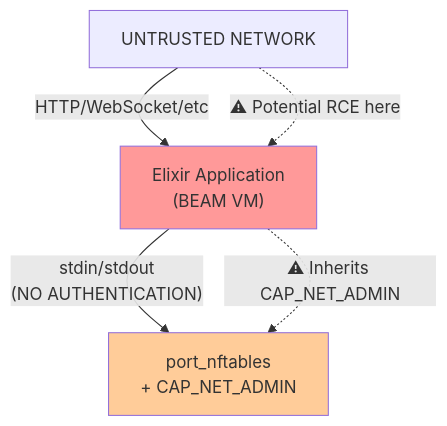
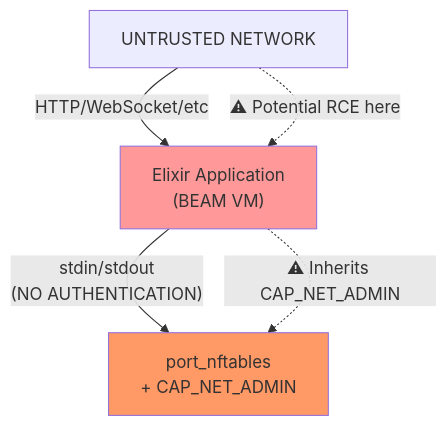
Before and after one commit to dcoai/nftables_port: the second of 2 diagrams in dev_docs/security.md, drawn with Mermaid. The commit also changed other lines of this file, not shown here.

````diff
--- a/dev_docs/security.md
+++ b/dev_docs/security.md
@@ -219,15 +219,15 @@
 ```mermaid
 flowchart TD
     Network["UNTRUSTED NETWORK"]
     BEAM["Elixir Application<br/>(BEAM VM)"]
     Port["port_nftables<br/>+ CAP_NET_ADMIN"]
 
     Network -->|"HTTP/WebSocket/etc"| BEAM
     BEAM -->|"stdin/stdout<br/>(NO AUTHENTICATION)"| Port
 
     style BEAM fill:#ff9999
-    style Port fill:#ffcc99
+    style Port fill:#ff9966
 
     Network -.->|"⚠ Potential RCE here"| BEAM
     BEAM -.->|"⚠ Inherits CAP_NET_ADMIN"| Port
 ```
````
